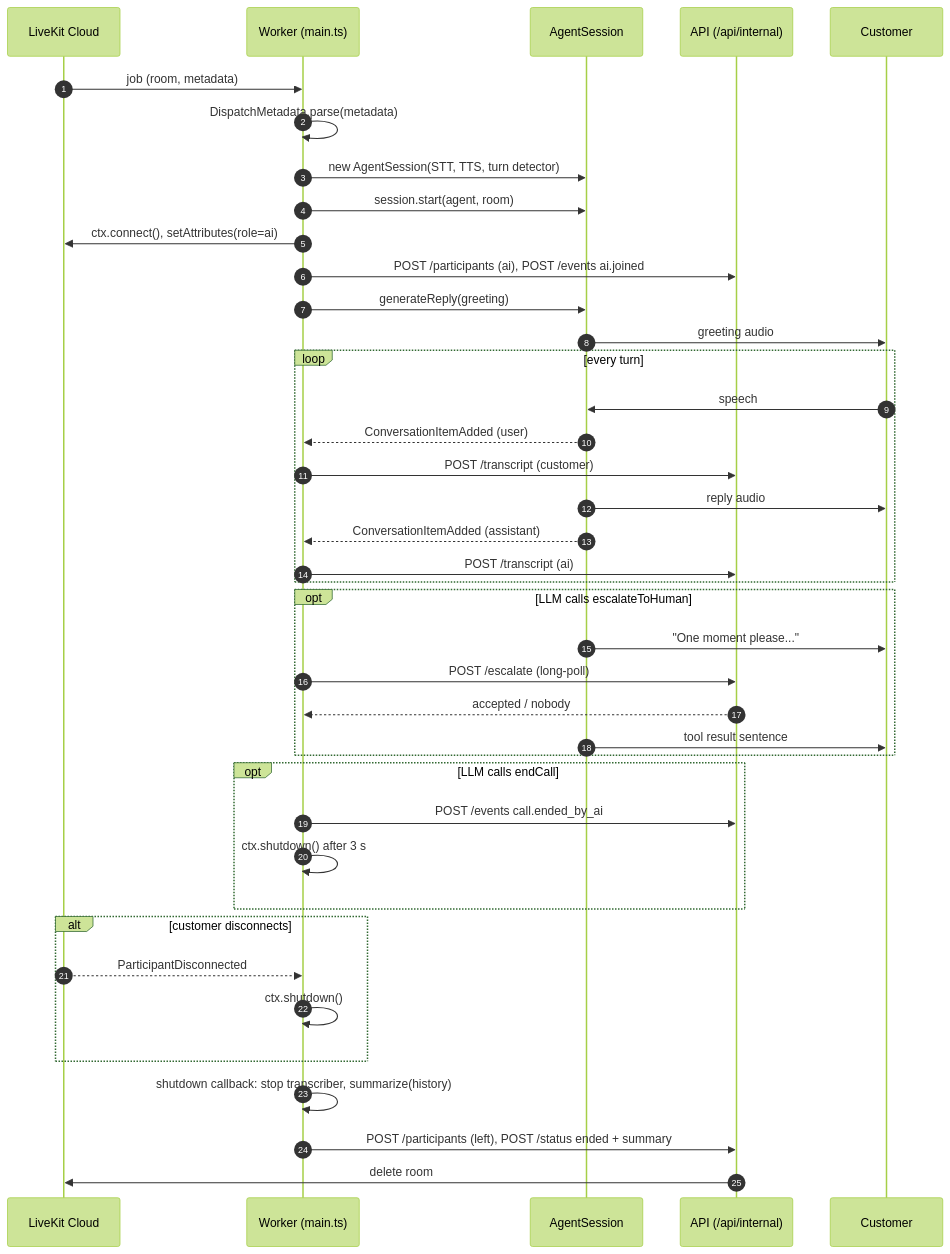
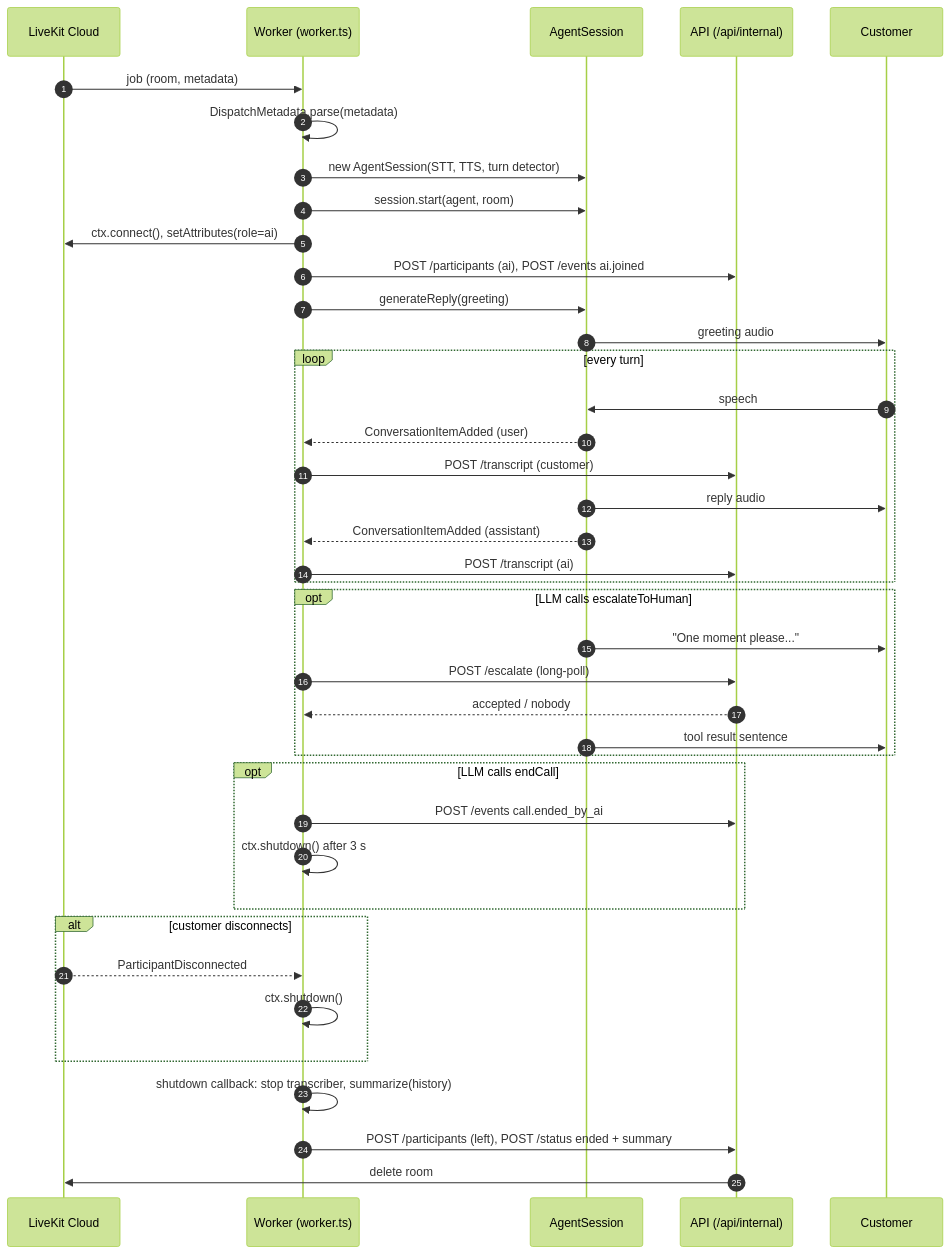
Before and after one commit to ggcaponetto/patchbay-contact-center: the first of 2 diagrams in apps/agent/README.md, drawn with Mermaid (forest theme). The commit also changed other lines of this file and 46 other files, not shown here.

````diff
--- a/apps/agent/README.md
+++ b/apps/agent/README.md
@@ -20,43 +20,43 @@
 ```mermaid
 sequenceDiagram
     autonumber
     participant LK as LiveKit Cloud
-    participant W as Worker (main.ts)
+    participant W as Worker (worker.ts)
     participant S as AgentSession
     participant API as API (/api/internal)
     participant C as Customer
 
     LK->>W: job (room, metadata)
     W->>W: DispatchMetadata.parse(metadata)
     W->>S: new AgentSession(STT, TTS, turn detector)
     W->>S: session.start(agent, room)
     W->>LK: ctx.connect(), setAttributes(role=ai)
     W->>API: POST /participants (ai), POST /events ai.joined
     W->>S: generateReply(greeting)
     S->>C: greeting audio
     loop every turn
         C->>S: speech
         S-->>W: ConversationItemAdded (user)
         W->>API: POST /transcript (customer)
         S->>C: reply audio
         S-->>W: ConversationItemAdded (assistant)
         W->>API: POST /transcript (ai)
     end
     opt LLM calls escalateToHuman
         S->>C: "One moment please..."
         W->>API: POST /escalate (long-poll)
         API-->>W: accepted / nobody
         S->>C: tool result sentence
     end
     opt LLM calls endCall
         W->>API: POST /events call.ended_by_ai
         W->>W: ctx.shutdown() after 3 s
     end
     alt customer disconnects
         LK-->>W: ParticipantDisconnected
         W->>W: ctx.shutdown()
     end
     W->>W: shutdown callback: stop transcriber, summarize(history)
     W->>API: POST /participants (left), POST /status ended + summary
     API->>LK: delete room
 ```
````
